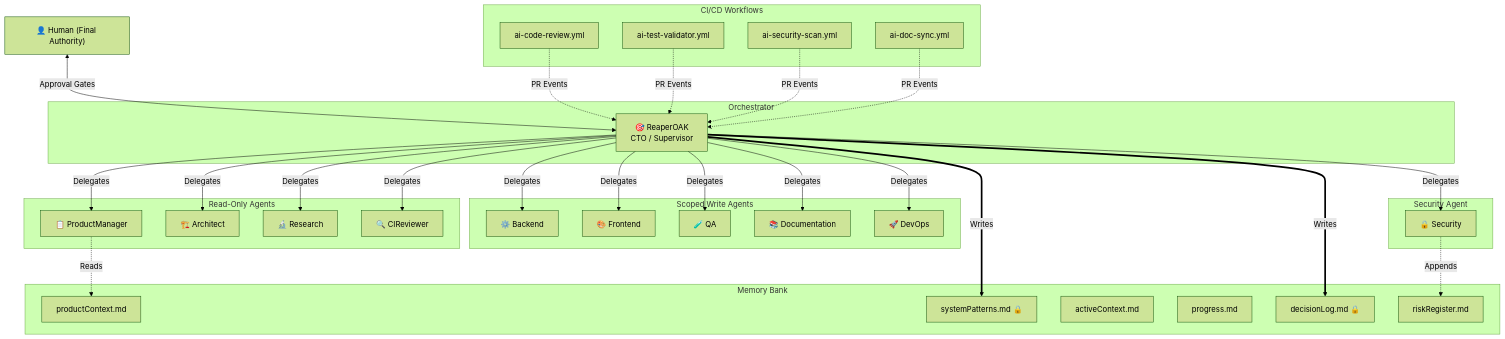
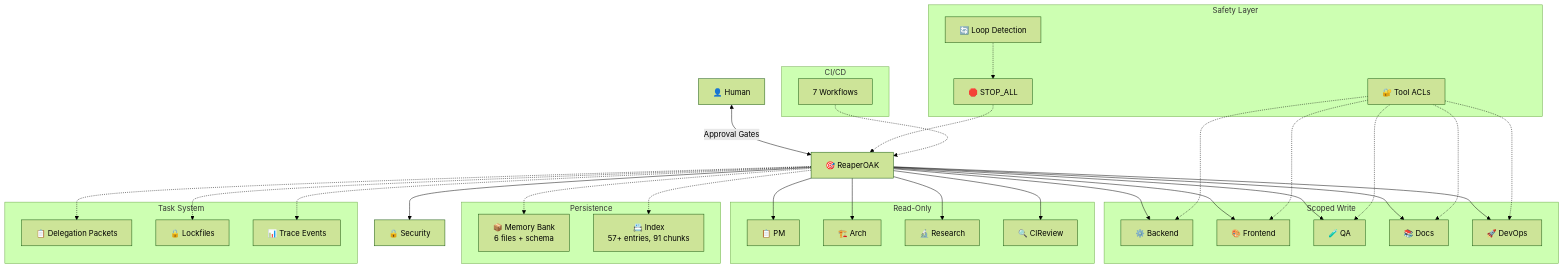
One commit to ReaperOAK/vibecoding changed the diagram in .github/VALIDATION-REPORT.md. Above: the diagram before and after it, drawn with Mermaid (forest theme). The commit also changed other lines of this file and 168 other files, not shown here.

````diff
--- a/.github/VALIDATION-REPORT.md
+++ b/.github/VALIDATION-REPORT.md
@@ -108,65 +231,46 @@
 ```mermaid
 graph TB
-    Human["👤 Human (Final Authority)"]
+    Human["👤 Human"]
+    ROA["🎯 ReaperOAK"]
     
-    subgraph Orchestrator
-        ROA["🎯 ReaperOAK<br/>CTO / Supervisor"]
+    subgraph "Safety Layer"
+        STOP["🛑 STOP_ALL"]
+        LOOP["🔄 Loop Detection"]
+        ACL["🔐 Tool ACLs"]
     end
     
-    subgraph "Read-Only Agents"
-        PM["📋 ProductManager"]
-        ARCH["🏗️ Architect"]
-        RES["🔬 Research"]
-        CIR["🔍 CIReviewer"]
+    subgraph "Read-Only"
+        PM["📋 PM"] & ARCH["🏗️ Arch"] & RES["🔬 Research"] & CIR["🔍 CIReview"]
     end
     
-    subgraph "Scoped Write Agents"
-        BE["⚙️ Backend"]
-        FE["🎨 Frontend"]
-        QA["🧪 QA"]
-        DOC["📚 Documentation"]
-        DO["🚀 DevOps"]
+    subgraph "Scoped Write"
+        BE["⚙️ Backend"] & FE["🎨 Frontend"] & QA["🧪 QA"] & DOC["📚 Docs"] & DO["🚀 DevOps"]
     end
     
-    subgraph "Security Agent"
-        SEC["🔒 Security"]
+    SEC["🔒 Security"]
+    
+    subgraph "Persistence"
+        MB["📦 Memory Bank<br/>6 files + schema"]
+        IDX["📇 Index<br/>57+ entries, 91 chunks"]
     end
     
-    subgraph "Memory Bank"
-        MB_PC["productContext.md"]
-        MB_SP["systemPatterns.md 🔒"]
-        MB_AC["activeContext.md"]
-        MB_PR["progress.md"]
-        MB_DL["decisionLog.md 🔒"]
-        MB_RR["riskRegister.md"]
+    subgraph "Task System"
+        DP["📋 Delegation Packets"]
+        LK["🔒 Lockfiles"]
+        TR["📊 Trace Events"]
     end
     
-    subgraph "CI/CD Workflows"
-        WF1["ai-code-review.yml"]
-        WF2["ai-test-validator.yml"]
-        WF3["ai-security-scan.yml"]
-        WF4["ai-doc-sync.yml"]
+    subgraph "CI/CD"
+        WF["7 Workflows"]
     end
-    
+
     Human <-->|"Approval Gates"| ROA
-    ROA -->|"Delegates"| PM
-    ROA -->|"Delegates"| ARCH
-    ROA -->|"Delegates"| BE
-    ROA -->|"Delegates"| FE
-    ROA -->|"Delegates"| QA
-    ROA -->|"Delegates"| SEC
-    ROA -->|"Delegates"| DO
-    ROA -->|"Delegates"| DOC
-    ROA -->|"Delegates"| RES
-    ROA -->|"Delegates"| CIR
-    
-    PM -.->|"Reads"| MB_PC
-    ROA ==>|"Writes"| MB_SP
-    ROA ==>|"Writes"| MB_DL
-    SEC -.->|"Appends"| MB_RR
-    
-    WF1 -.->|"PR Events"| ROA
-    WF2 -.->|"PR Events"| ROA
-    WF3 -.->|"PR Events"| ROA
-    WF4 -.->|"PR Events"| ROA
+    ROA --> PM & ARCH & RES & CIR
+    ROA --> BE & FE & QA & DOC & DO
+    ROA --> SEC
+    STOP -.-> ROA
+    LOOP -.-> STOP
+    ACL -.-> BE & FE & QA & DOC & DO
+    ROA -.-> MB & IDX & DP & LK & TR
+    WF -.-> ROA
 ```
````
